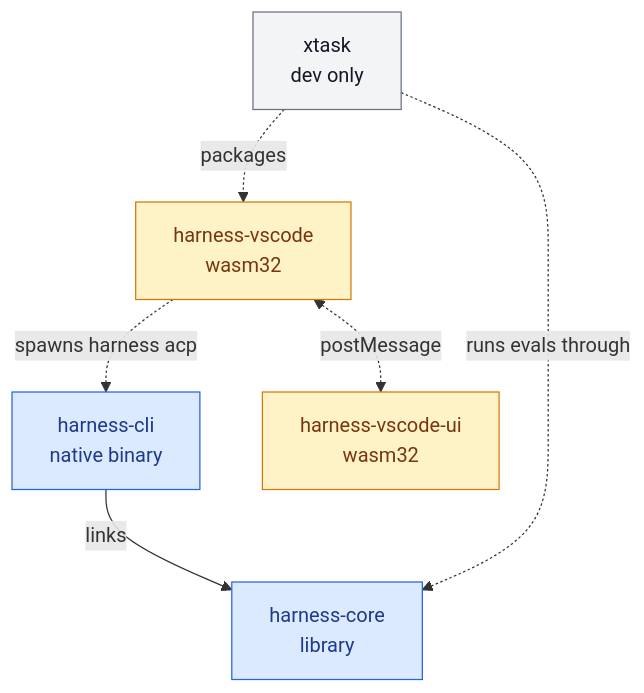
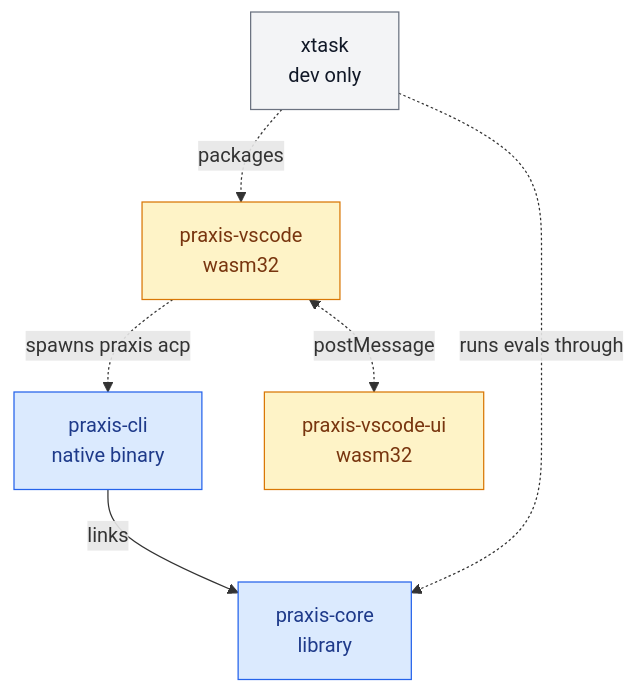
One commit to fzzinchemical/Praxis changed the first of 12 diagrams in docs/SPEC.md. Above: the diagram before and after it, drawn with Mermaid. The commit also changed other lines of this file and 318 other files, not shown here.

First line of the commit message:
refactor!: rename harness to praxis

````diff
--- a/docs/SPEC.md
+++ b/docs/SPEC.md
@@ -80,15 +80,15 @@
 ```mermaid
 flowchart TB
-    cli["harness-cli<br/>native binary"] -->|"links"| core["harness-core<br/>library"]
-    vscode["harness-vscode<br/>wasm32"] -.->|"spawns harness acp"| cli
-    vscode <-.->|"postMessage"| ui["harness-vscode-ui<br/>wasm32"]
+    cli["praxis-cli<br/>native binary"] -->|"links"| core["praxis-core<br/>library"]
+    vscode["praxis-vscode<br/>wasm32"] -.->|"spawns praxis acp"| cli
+    vscode <-.->|"postMessage"| ui["praxis-vscode-ui<br/>wasm32"]
     xtask["xtask<br/>dev only"] -.->|"packages"| vscode
     xtask -.->|"runs evals through"| core
 
     classDef native fill:#dbeafe,stroke:#2563eb,color:#1e3a8a
     classDef wasm fill:#fef3c7,stroke:#d97706,color:#78350f
     classDef dev fill:#f3f4f6,stroke:#6b7280,color:#111827
     class cli,core native
     class vscode,ui wasm
     class xtask dev
 ```
````
